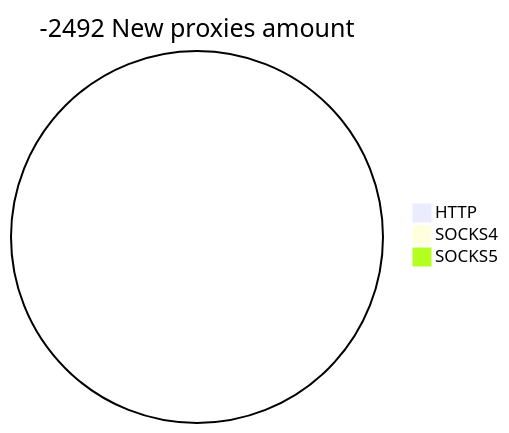
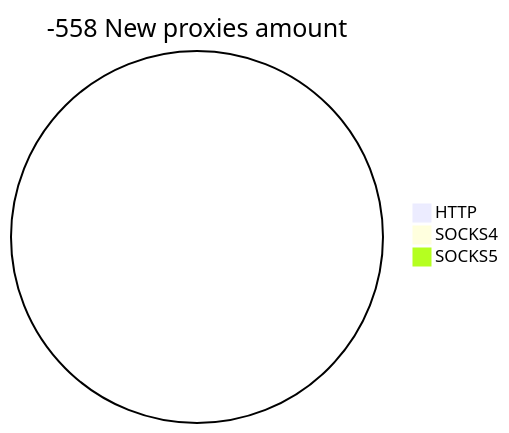
The second of 2 diagrams in README.md (cutipu/proxylist), drawn with Mermaid before and after one commit. The commit also changed other lines of this file, not shown here.

````diff
--- a/README.md
+++ b/README.md
@@ -10,6 +10,6 @@
 ```mermaid
-pie title -2492 New proxies amount
+pie title -558 New proxies amount
     "HTTP" : 0
     "SOCKS4" : 0
     "SOCKS5" : 0
 ```
````
